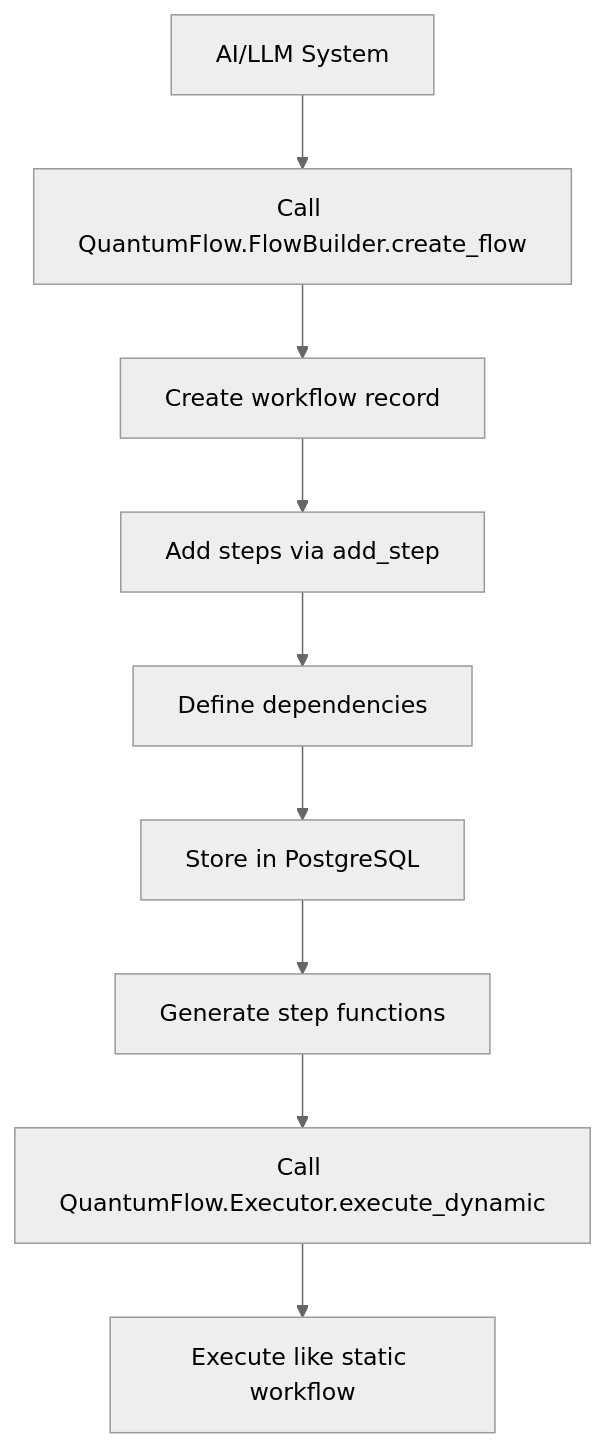
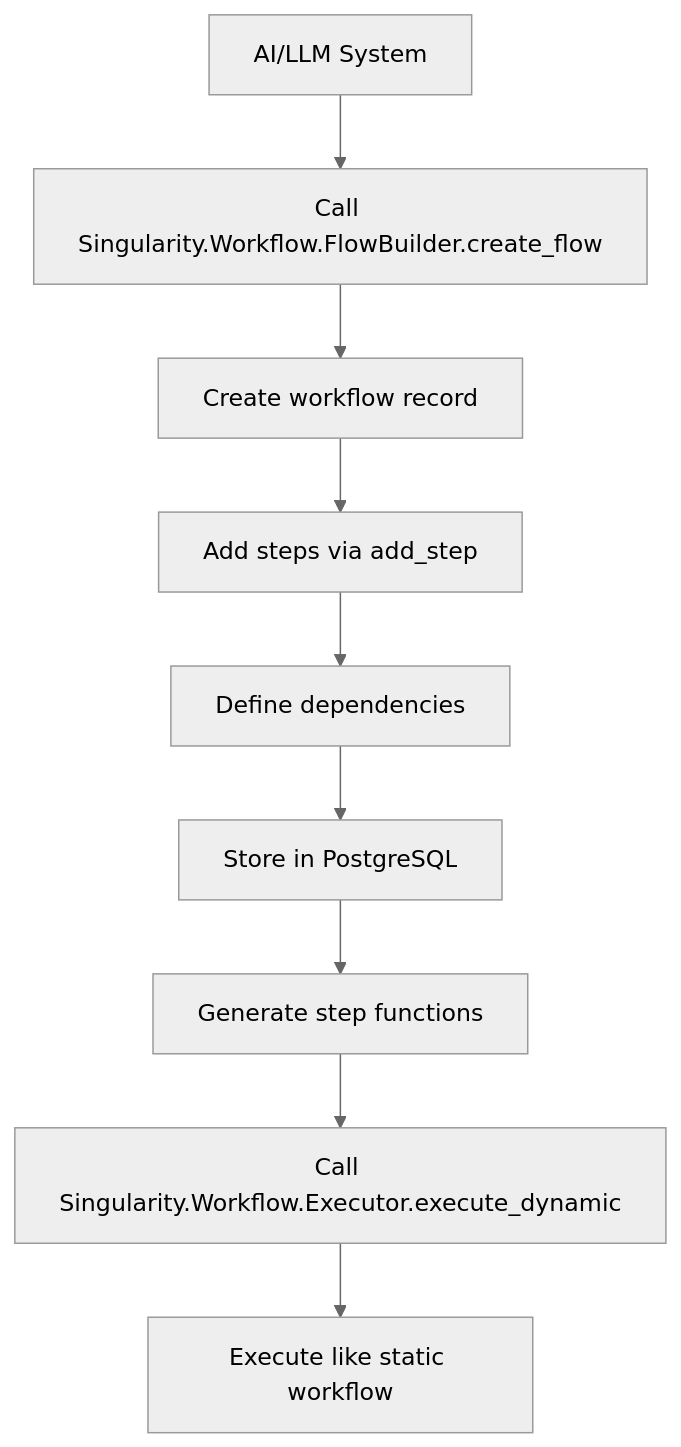
Before and after one commit to Singularity-ng/singularity-workflows: the fourth of 15 diagrams in docs/architecture_diagrams.md, drawn with Mermaid (neutral theme). The commit also changed other lines of this file and 146 other files, not shown here.

Commit message:
Rename QuantumFlow to Singularity.Workflow

````diff
--- a/docs/architecture_diagrams.md
+++ b/docs/architecture_diagrams.md
@@ -94,11 +94,11 @@
 ```mermaid
 flowchart TD
-    A[AI/LLM System] --> B[Call QuantumFlow.FlowBuilder.create_flow]
+    A[AI/LLM System] --> B[Call Singularity.Workflow.FlowBuilder.create_flow]
     B --> C[Create workflow record]
     C --> D[Add steps via add_step]
     D --> E[Define dependencies]
     E --> F[Store in PostgreSQL]
     F --> G[Generate step functions]
-    G --> H[Call QuantumFlow.Executor.execute_dynamic]
+    G --> H[Call Singularity.Workflow.Executor.execute_dynamic]
     H --> I[Execute like static workflow]
 ```
````
